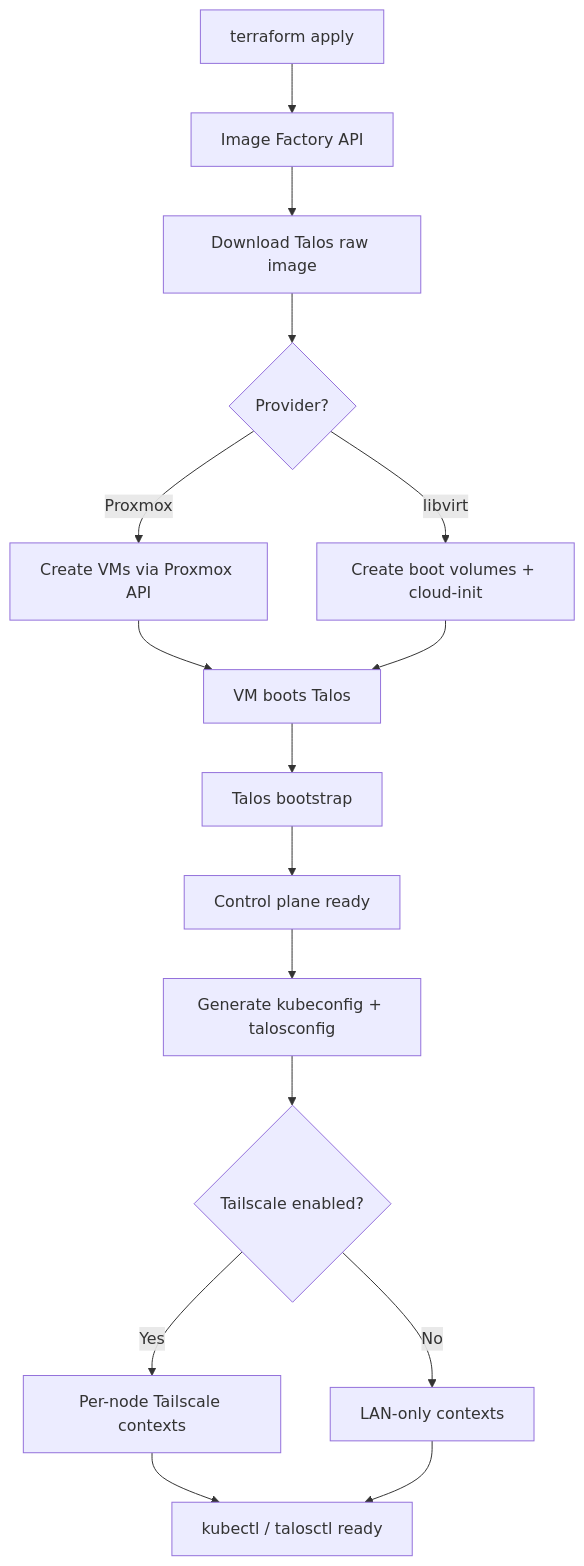
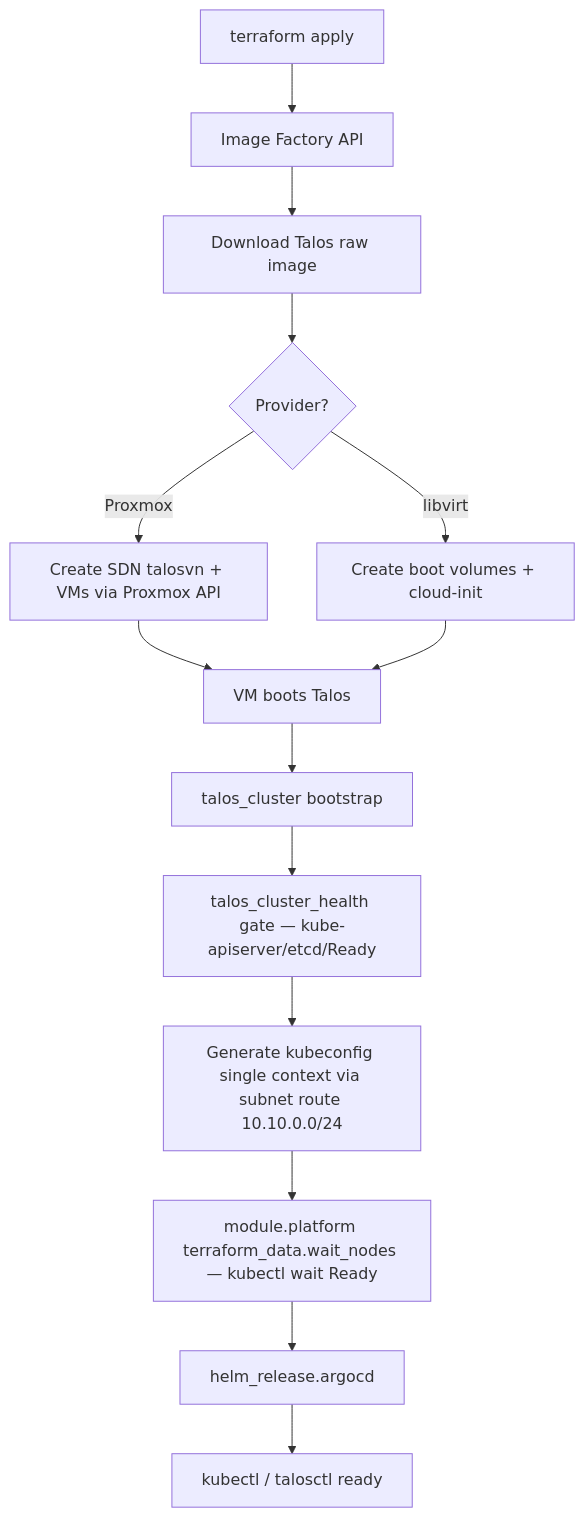
One commit to Seom88/infra-talos-homelab changed the diagram in README.md. Above: the diagram before and after it, drawn with Mermaid. The commit also changed other lines of this file and 3 other files, not shown here.

````diff
--- a/README.md
+++ b/README.md
@@ -131,23 +104,19 @@
 ```mermaid
 flowchart TD
     A[terraform apply] --> B[Image Factory API]
     B --> C[Download Talos raw image]
     C --> D{Provider?}
 
-    D -->|Proxmox| E[Create VMs via Proxmox API]
+    D -->|Proxmox| E[Create SDN talosvn + VMs via Proxmox API]
     D -->|libvirt| F[Create boot volumes + cloud-init]
 
     E --> G[VM boots Talos]
     F --> G
 
-    G --> H[Talos bootstrap]
-    H --> I[Control plane ready]
-    I --> J[Generate kubeconfig + talosconfig]
-
-    J --> K{Tailscale enabled?}
-    K -->|Yes| L[Per-node Tailscale contexts]
-    K -->|No| M[LAN-only contexts]
-
-    L --> N[kubectl / talosctl ready]
-    M --> N
+    G --> H[talos_cluster bootstrap]
+    H --> I[talos_cluster_health gate — kube-apiserver/etcd/Ready]
+    I --> J[Generate kubeconfig single context via subnet route 10.10.0.0/24]
+    J --> K[module.platform terraform_data.wait_nodes — kubectl wait Ready]
+    K --> L[helm_release.argocd]
+    L --> M[kubectl / talosctl ready]
 ```
````
